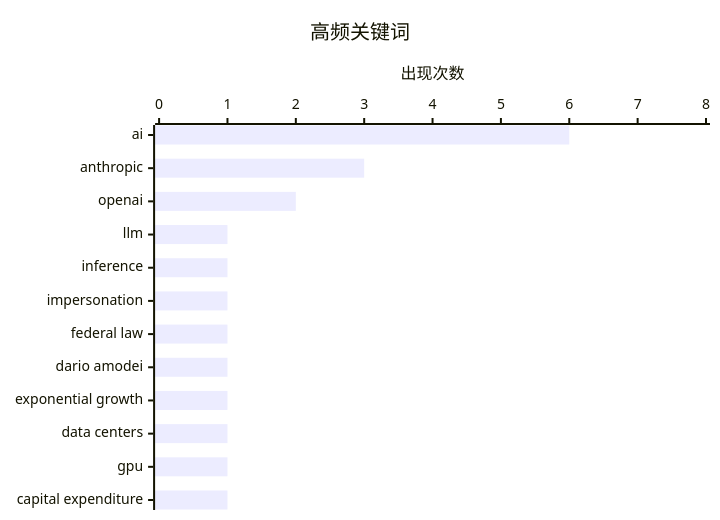
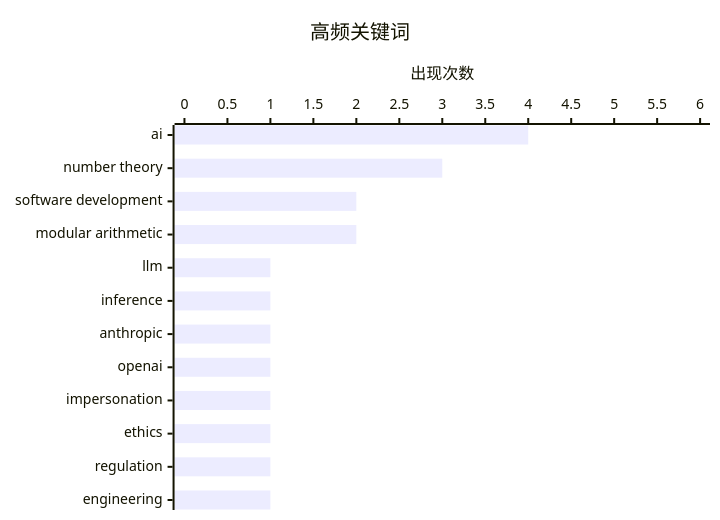
One commit to 0xEmberZz/daily-digest changed the second of 2 diagrams in digests/2026-02-15.md. Above: the diagram before and after it, drawn with Mermaid. The commit also changed other lines of this file and 1 other file, not shown here.

````diff
--- a/digests/2026-02-15.md
+++ b/digests/2026-02-15.md
@@ -79,7 +81,7 @@
 ```mermaid
 xychart-beta horizontal
     title "高频关键词"
-    x-axis ["ai", "anthropic", "openai", "llm", "inference", "impersonation", "federal law", "dario amodei", "exponential growth", "data centers", "gpu", "capital expenditure"]
-    y-axis "出现次数" 0 --> 8
-    bar [6, 3, 2, 1, 1, 1, 1, 1, 1, 1, 1, 1]
+    x-axis ["ai", "number theory", "software development", "modular arithmetic", "llm", "inference", "anthropic", "openai", "impersonation", "ethics", "regulation", "engineering"]
+    y-axis "出现次数" 0 --> 6
+    bar [4, 3, 2, 2, 1, 1, 1, 1, 1, 1, 1, 1]
 ```
````
